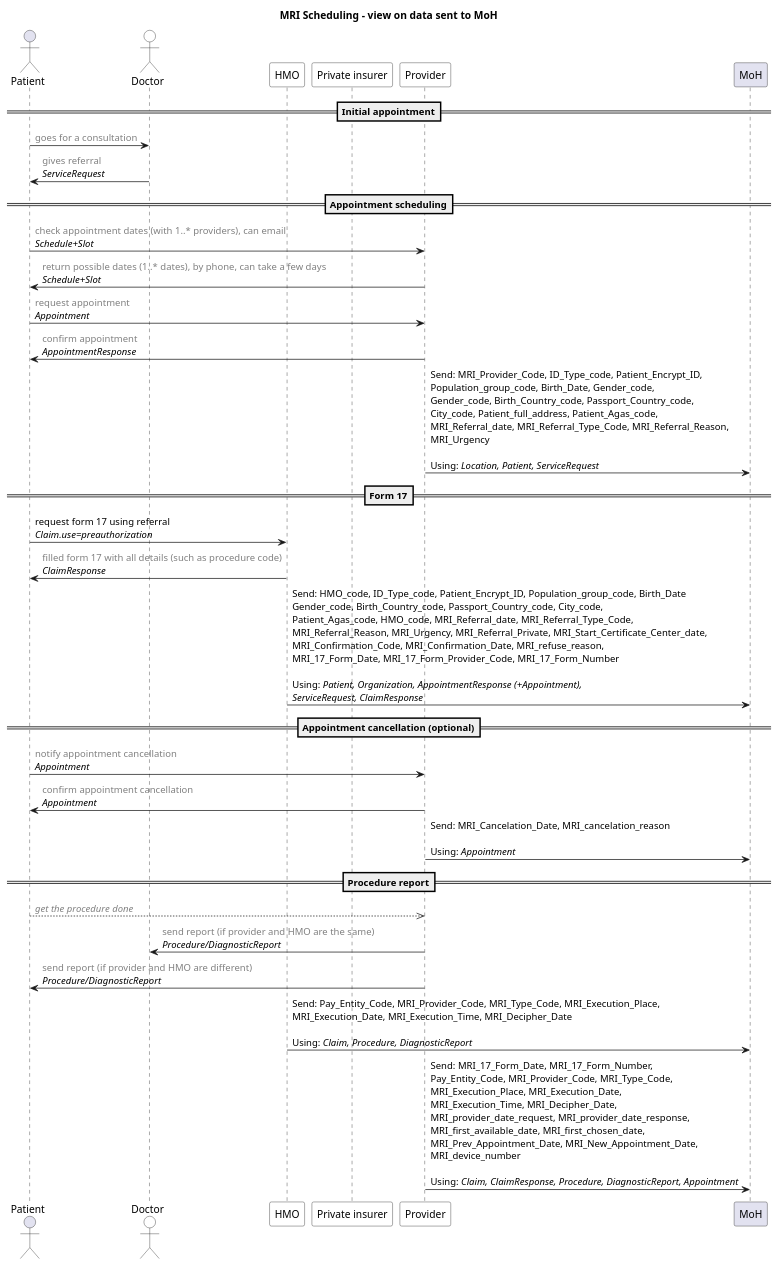
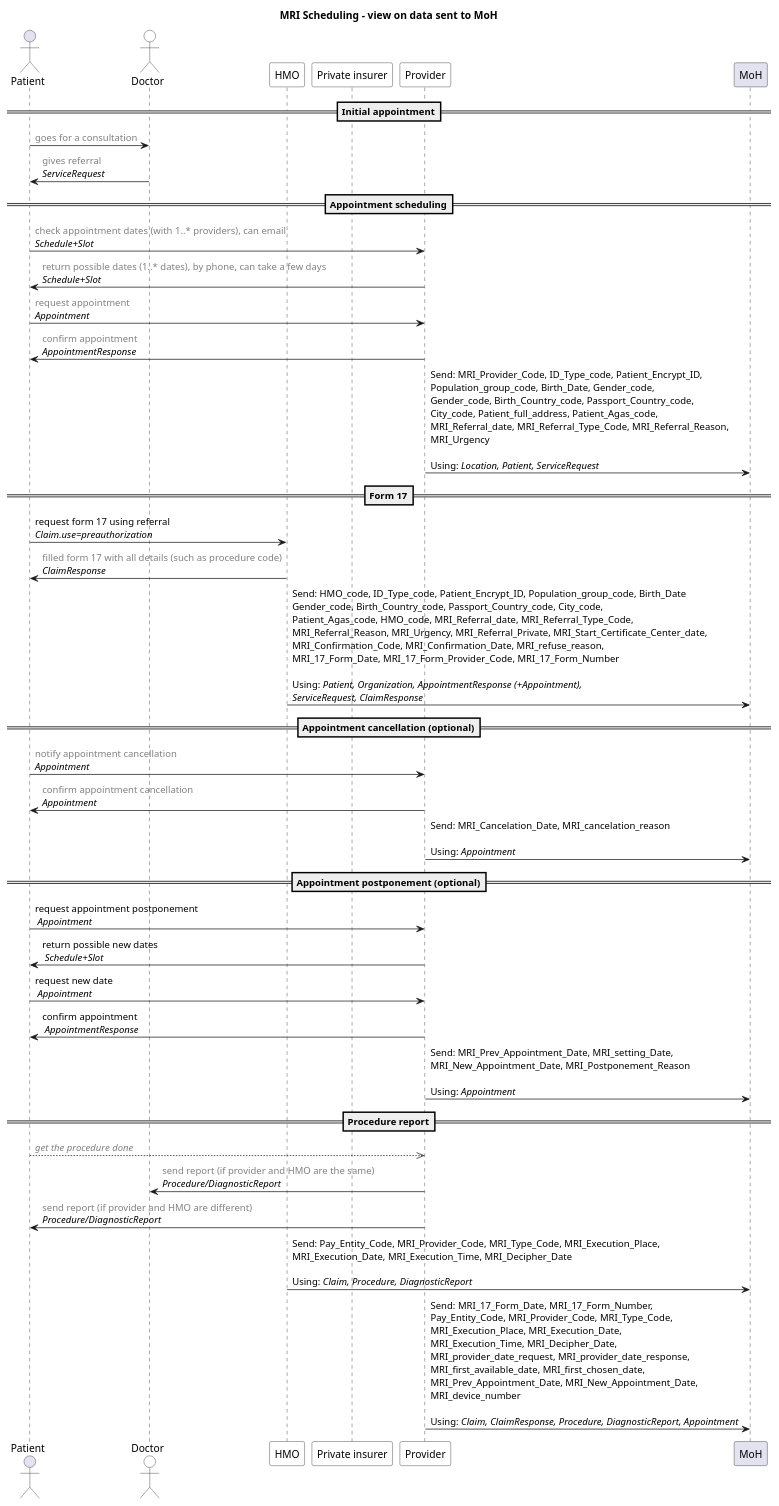
The diagram in input/images-source/workflow-with-moh.plantuml (vadi2/MRI-Scheduling), drawn with PlantUML before and after one commit. The commit also changed 3 other files, not shown here.

Commit message:
Model appointment postponement

```diff
--- a/input/images-source/workflow-with-moh.plantuml
+++ b/input/images-source/workflow-with-moh.plantuml
@@ -1,47 +1,55 @@
 @startuml
 'editable with https://planttext.com
 'see documentation at https://plantuml.com/sequence-diagram
 
 title "MRI Scheduling - view on data sent to MoH"
 
 actor Patient
 actor Doctor #white
 participant HMO #white 
 participant "Private insurer" #white
 participant Provider #white
 participant MoH
 
 == Initial appointment==
 Patient -> Doctor: <color #grey>goes for a consultation
 Doctor -> Patient: <color #grey>gives referral\n//ServiceRequest//
 
 == Appointment scheduling==
 Patient -> Provider: <color #grey>check appointment dates (with 1..* providers), can email\n//Schedule+Slot//
 Provider -> Patient: <color #grey>return possible dates (1..* dates), by phone, can take a few days\n//Schedule+Slot//
 Patient -> Provider: <color #grey>request appointment\n//Appointment//
 Provider -> Patient: <color #grey>confirm appointment\n//AppointmentResponse//
 
 Provider -> MoH: Send: MRI_Provider_Code, ID_Type_code, Patient_Encrypt_ID, \nPopulation_group_code, Birth_Date, Gender_code, \nGender_code, Birth_Country_code, Passport_Country_code, \nCity_code, Patient_full_address, Patient_Agas_code, \nMRI_Referral_date, MRI_Referral_Type_Code, MRI_Referral_Reason, \nMRI_Urgency\n\nUsing: //Location, Patient, ServiceRequest//
 
 == Form 17==
 Patient -> HMO: request form 17 using referral\n//Claim.use=preauthorization//
 HMO -> Patient: <color #grey>filled form 17 with all details (such as procedure code)\n//ClaimResponse//
 
 HMO -> MoH: Send: HMO_code, ID_Type_code, Patient_Encrypt_ID, Population_group_code, Birth_Date \nGender_code, Birth_Country_code, Passport_Country_code, City_code, \nPatient_Agas_code, HMO_code, MRI_Referral_date, MRI_Referral_Type_Code, \nMRI_Referral_Reason, MRI_Urgency, MRI_Referral_Private, MRI_Start_Certificate_Center_date,  \nMRI_Confirmation_Code, MRI_Confirmation_Date, MRI_refuse_reason, \nMRI_17_Form_Date, MRI_17_Form_Provider_Code, MRI_17_Form_Number \n\nUsing: //Patient, Organization, AppointmentResponse (+Appointment), //\n//ServiceRequest, ClaimResponse//
 
 == Appointment cancellation (optional)==
 Patient -> Provider: <color #grey>notify appointment cancellation\n//Appointment//
 Provider -> Patient: <color #grey>confirm appointment cancellation\n//Appointment//
 
 Provider -> MoH: Send: MRI_Cancelation_Date, MRI_cancelation_reason \n\nUsing: //Appointment//
 
+== Appointment postponement (optional)==
+Patient -> Provider: request appointment postponement\n //Appointment//
+Provider -> Patient: return possible new dates\n //Schedule+Slot//
+Patient -> Provider: request new date\n //Appointment//
+Provider -> Patient: confirm appointment\n //AppointmentResponse//
+
+Provider -> MoH: Send: MRI_Prev_Appointment_Date, MRI_setting_Date, \nMRI_New_Appointment_Date, MRI_Postponement_Reason \n\nUsing: //Appointment//
+
 == Procedure report==
 Patient -->> Provider: <color #grey>//get the procedure done//
 Provider -> Doctor: <color #grey>send report (if provider and HMO are the same)\n//Procedure/DiagnosticReport//
 Provider -> Patient: <color #grey>send report (if provider and HMO are different)\n//Procedure/DiagnosticReport//
 
 HMO -> MoH: Send: Pay_Entity_Code, MRI_Provider_Code, MRI_Type_Code, MRI_Execution_Place, \nMRI_Execution_Date, MRI_Execution_Time, MRI_Decipher_Date \n\nUsing: //Claim, Procedure, DiagnosticReport//
 
 Provider -> MoH: Send: MRI_17_Form_Date, MRI_17_Form_Number, \nPay_Entity_Code, MRI_Provider_Code, MRI_Type_Code, \nMRI_Execution_Place, MRI_Execution_Date, \nMRI_Execution_Time, MRI_Decipher_Date, \nMRI_provider_date_request, MRI_provider_date_response, \nMRI_first_available_date, MRI_first_chosen_date, \nMRI_Prev_Appointment_Date, MRI_New_Appointment_Date, \nMRI_device_number  \n\nUsing: //Claim, ClaimResponse, Procedure, DiagnosticReport, Appointment//
 
 @enduml
```
